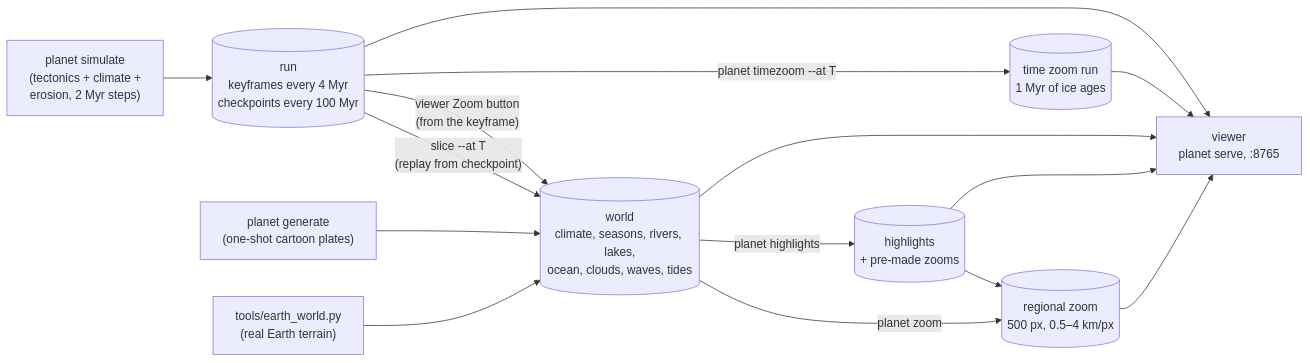
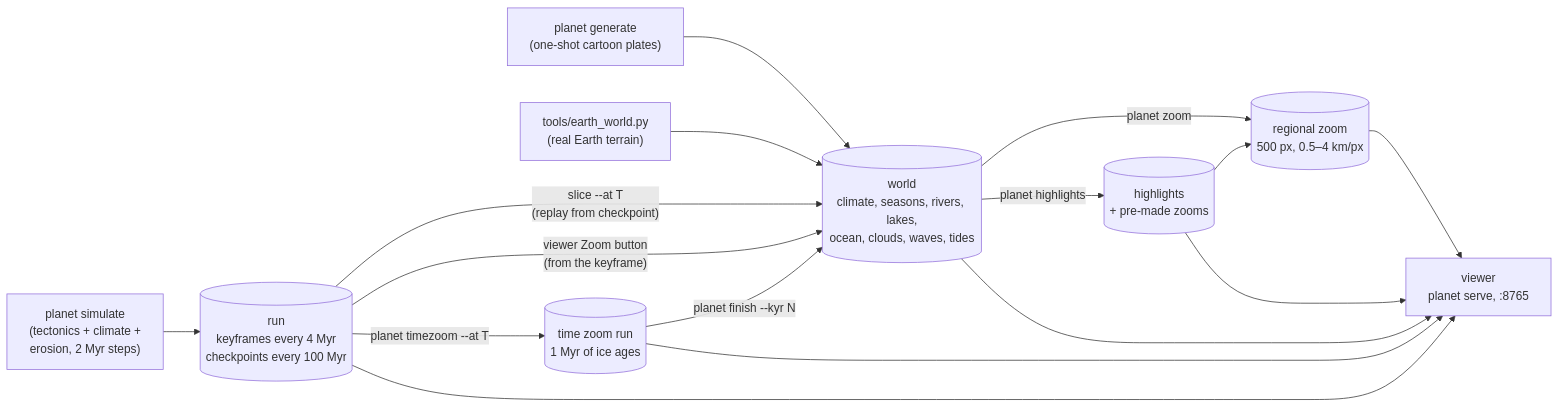
Before and after one commit to engma-linguistics/procedural-world-generation: the first of 2 diagrams in docs/overview.md, drawn with Mermaid. The commit also changed other lines of this file and 12 other files, not shown here.

````diff
--- a/docs/overview.md
+++ b/docs/overview.md
@@ -27,13 +28,14 @@
 ```mermaid
 flowchart LR
   S["planet simulate<br/>(tectonics + climate +<br/>erosion, 2 Myr steps)"] --> R[("run<br/>keyframes every 4 Myr<br/>checkpoints every 100 Myr")]
   R -->|"slice --at T<br/>(replay from checkpoint)"| W[("world<br/>climate, seasons, rivers, lakes,<br/>ocean, clouds, waves, tides")]
   R -->|"viewer Zoom button<br/>(from the keyframe)"| W
   G["planet generate<br/>(one-shot cartoon plates)"] --> W
   E["tools/earth_world.py<br/>(real Earth terrain)"] --> W
   W -->|"planet zoom"| Z[("regional zoom<br/>500 px, 0.5–4 km/px")]
   R -->|"planet timezoom --at T"| T[("time zoom run<br/>1 Myr of ice ages")]
+  T -->|"planet finish --kyr N"| W
   W -->|"planet highlights"| H[("highlights<br/>+ pre-made zooms")]
   H --> Z
   R & W & Z & T & H --> V["viewer<br/>planet serve, :8765"]
 ```
````
